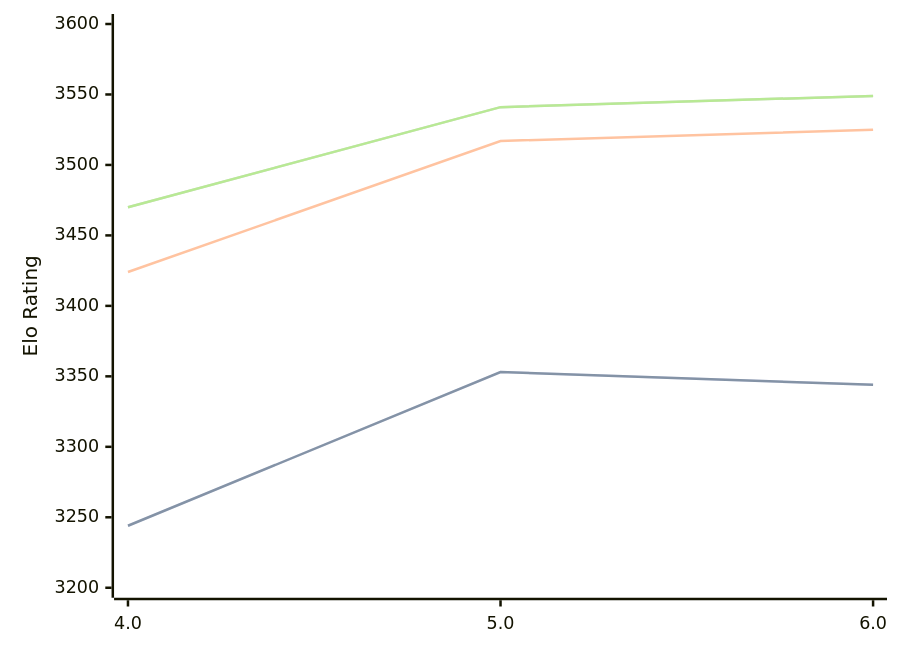
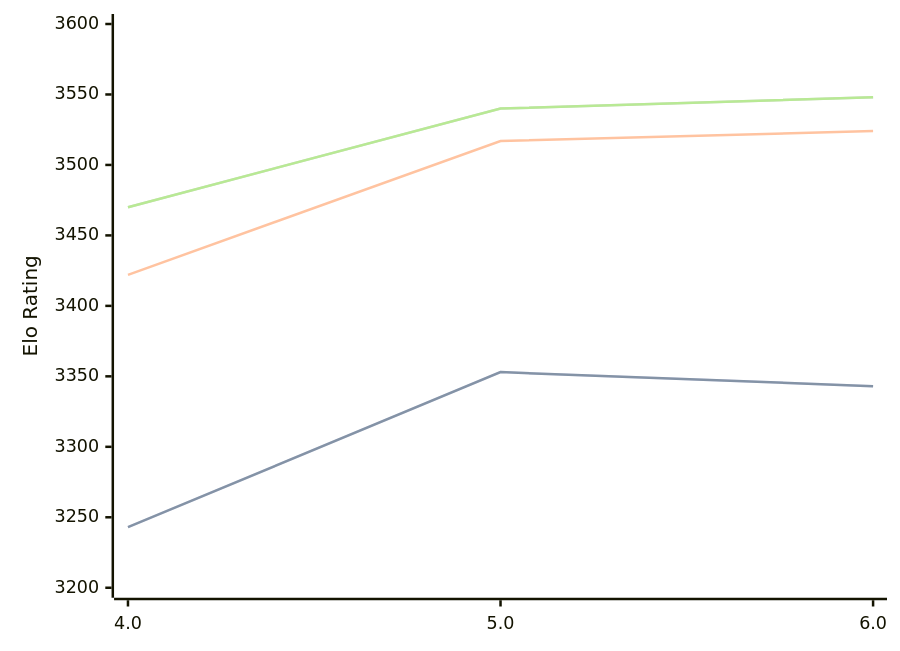
Before and after one commit to computer-chess-index/cci: the diagram in engines/Tarnished.md, drawn with Mermaid. The commit also changed other lines of this file, not shown here.

Commit message:
Update CCI Ratings (ELO VLTC) - 2026-08-03

````diff
--- a/engines/Tarnished.md
+++ b/engines/Tarnished.md
@@ -37,11 +37,11 @@
 ```mermaid
 %%{init: {"theme":"base","themeVariables":{"seriesColors:['#a3a3a3','#222221','#faa371']}}}%%
 xychart-beta
   x-axis ["4.0", "5.0", "6.0"]
   y-axis "Elo Rating" 3200 --> 3600
-  line "STC (8.0+0.08s)" [3244, 3353, 3344]
-  line "STC (8.0+0.08s)" [3244, 3353, 3344]
-  line "LTC (60.0+0.60s)" [3424, 3517, 3525]
-  line "VLTC (2m24s+1.12s)" [3470, 3541, 3549]
-  line "VLTC (2m24s+1.12s)" [3470, 3541, 3549]
+  line "STC (8.0+0.08s)" [3243, 3353, 3343]
+  line "STC (8.0+0.08s)" [3243, 3353, 3343]
+  line "LTC (60.0+0.60s)" [3422, 3517, 3524]
+  line "VLTC (2m24s+1.12s)" [3470, 3540, 3548]
+  line "VLTC (2m24s+1.12s)" [3470, 3540, 3548]
 ```
````
